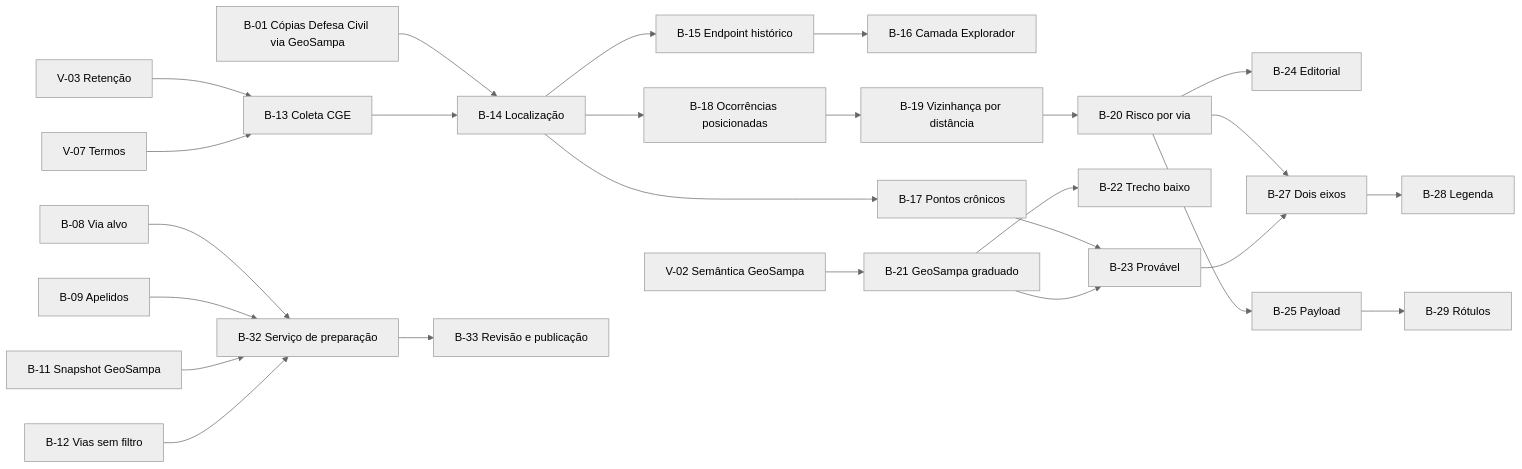
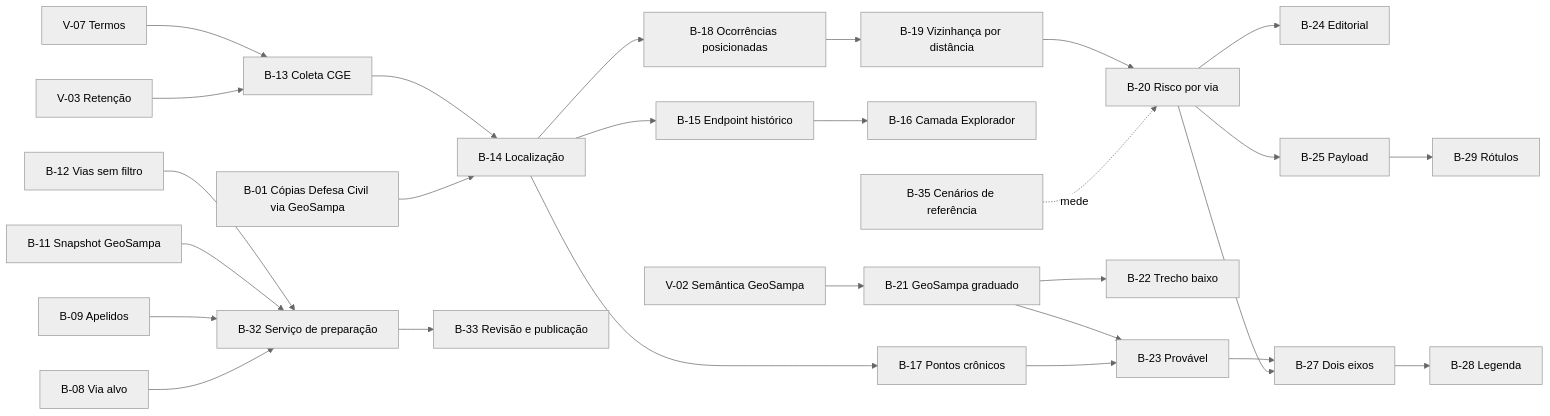
Before and after one commit to lanjosdev/ooh-alerta-alagamentos: the diagram in docs/10-roadmap-e-backlog.md, drawn with Mermaid (neutral theme). The commit also changed other lines of this file and 1 other file, not shown here.

First line of the commit message:
docs(repo): add intelligence front execution order to roadmap

````diff
--- a/docs/10-roadmap-e-backlog.md
+++ b/docs/10-roadmap-e-backlog.md
@@ -199,22 +243,23 @@
 ```mermaid
 flowchart LR
   B01[B-01 Cópias Defesa Civil via GeoSampa] --> B14
+  B35[B-35 Cenários de referência] -.mede.-> B20
   V03[V-03 Retenção] --> B13
   V07[V-07 Termos] --> B13
   B13[B-13 Coleta CGE] --> B14[B-14 Localização]
   B14 --> B15[B-15 Endpoint histórico] --> B16[B-16 Camada Explorador]
   B14 --> B17[B-17 Pontos crônicos]
   B14 --> B18[B-18 Ocorrências posicionadas] --> B19[B-19 Vizinhança por distância] --> B20[B-20 Risco por via]
   V02[V-02 Semântica GeoSampa] --> B21[B-21 GeoSampa graduado] --> B22[B-22 Trecho baixo]
   B17 --> B23[B-23 Provável]
   B21 --> B23
   B20 --> B24[B-24 Editorial]
   B20 --> B25[B-25 Payload] --> B29[B-29 Rótulos]
   B20 --> B27[B-27 Dois eixos]
   B23 --> B27 --> B28[B-28 Legenda]
   B08[B-08 Via alvo] --> B32[B-32 Serviço de preparação]
   B09[B-09 Apelidos] --> B32
   B11[B-11 Snapshot GeoSampa] --> B32
   B12[B-12 Vias sem filtro] --> B32
   B32 --> B33[B-33 Revisão e publicação]
 ```
````
